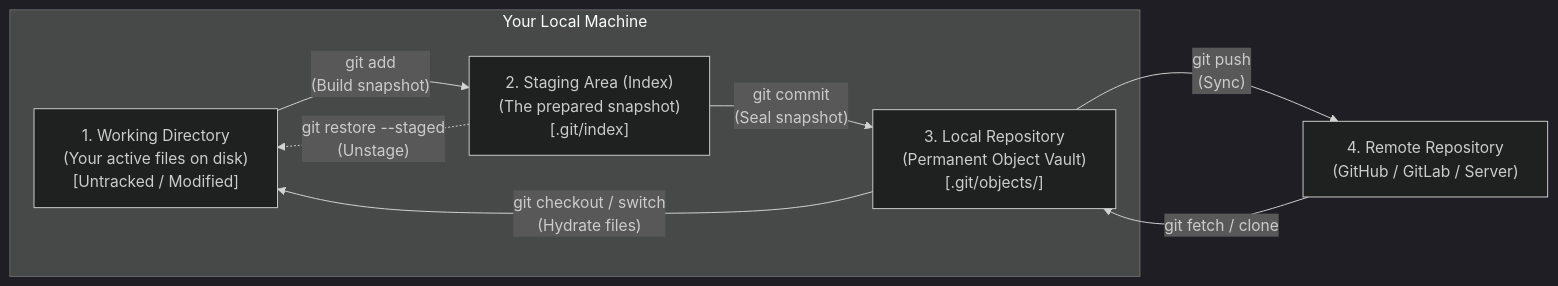
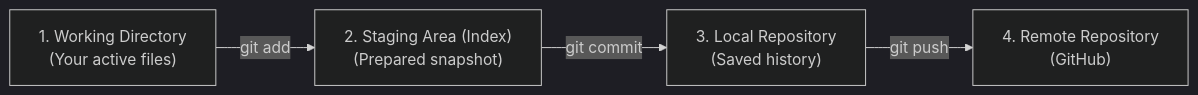
One commit to ArpitaSHiregoudar/git-reference-hub changed the first of 2 diagrams in 01-git-fundamentals/git_architecture.md. Above: the diagram before and after it, drawn with Mermaid (dark theme). The commit also changed other lines of this file, not shown here.

Commit message:
git_architecture

````diff
--- a/01-git-fundamentals/git_architecture.md
+++ b/01-git-fundamentals/git_architecture.md
@@ -26,17 +11,6 @@
 ```mermaid
 flowchart LR
-    subgraph Local_Computer["Your Local Machine"]
-        WD["1. Working Directory\n(Your active files on disk)\n[Untracked / Modified]"]
-        SA["2. Staging Area (Index)\n(The prepared snapshot)\n[.git/index]"]
-        LR["3. Local Repository\n(Permanent Object Vault)\n[.git/objects/]"]
-    end
-    
-    Remote["4. Remote Repository\n(GitHub / GitLab / Server)"]
-
-    WD -->|"git add <file>\n(Build snapshot)"| SA
-    SA -->|"git commit\n(Seal snapshot)"| LR
-    LR -->|"git push\n(Sync)"| Remote
-    Remote -->|"git fetch / clone"| LR
-    LR -->|"git checkout / switch\n(Hydrate files)"| WD
-    SA -.->|"git restore --staged\n(Unstage)"| WD
+    WD["1. Working Directory\n(Your active files)"] -->|"git add"| SA["2. Staging Area (Index)\n(Prepared snapshot)"]
+    SA -->|"git commit"| LR["3. Local Repository\n(Saved history)"]
+    LR -->|"git push"| Remote["4. Remote Repository\n(GitHub)"]
 ```
````
